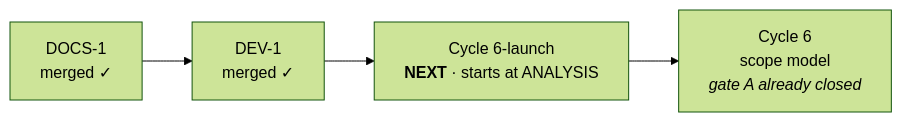
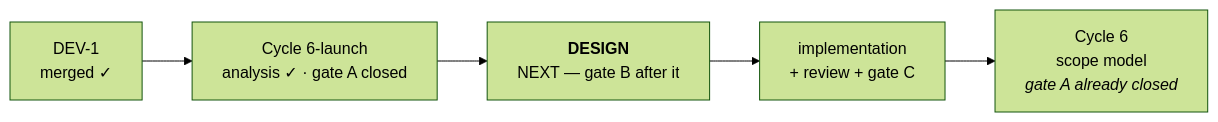
The diagram in docs/maintainers/handoff.md (alergyonthestage/ytdl), drawn with Mermaid (forest theme) before and after one commit. The commit also changed other lines of this file, not shown here.

First line of the commit message:
docs(process): replace the handoff with the state gate A leaves

````diff
--- a/docs/maintainers/handoff.md
+++ b/docs/maintainers/handoff.md
@@ -20,6 +10,7 @@
 ```mermaid
 flowchart LR
-  D["DOCS-1<br/>merged ✓"] --> V["DEV-1<br/>merged ✓"]
-  V --> L["Cycle 6-launch<br/><b>NEXT</b> · starts at ANALYSIS"]
-  L --> M["Cycle 6<br/>scope model<br/><i>gate A already closed</i>"]
+  V["DEV-1<br/>merged ✓"] --> A["Cycle 6-launch<br/>analysis ✓ · gate A closed"]
+  A --> D["<b>DESIGN</b><br/>NEXT — gate B after it"]
+  D --> I["implementation<br/>+ review + gate C"]
+  I --> M["Cycle 6<br/>scope model<br/><i>gate A already closed</i>"]
 ```
````
